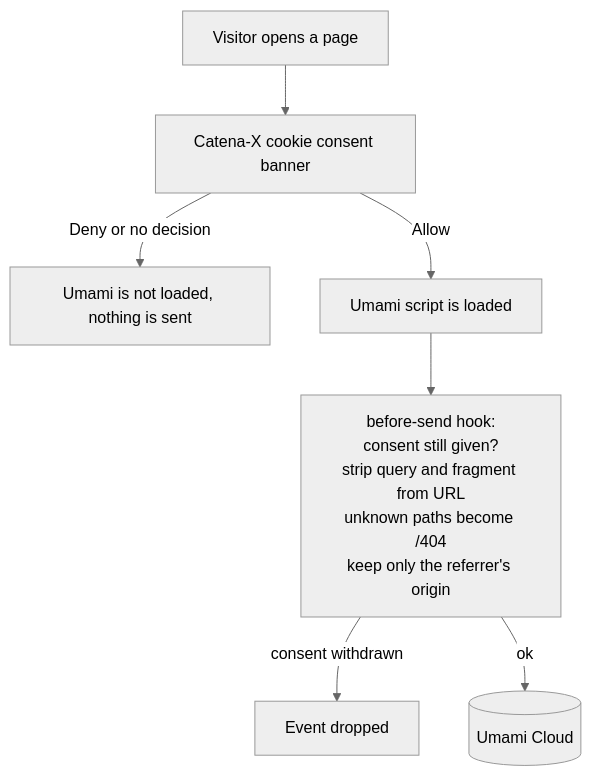
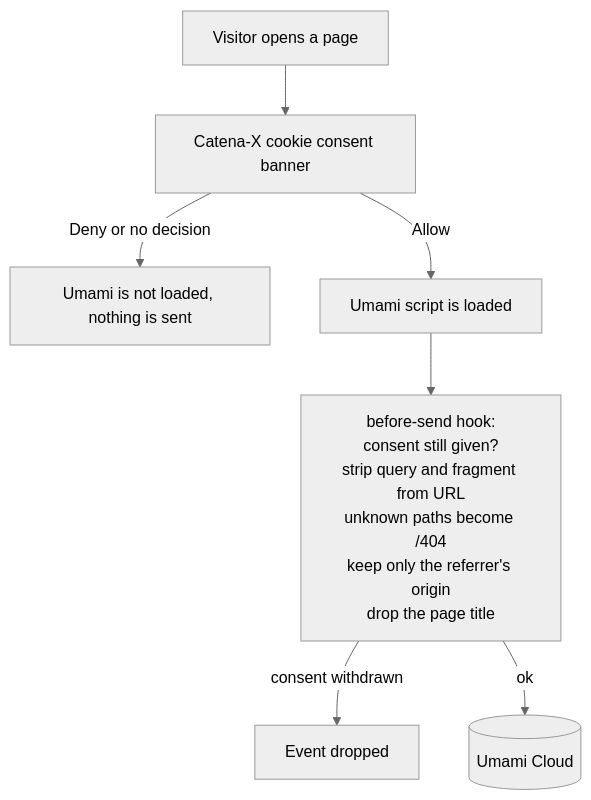
Before and after one commit to catenax-eV/catenax-ev.github.io: the diagram in ANALYTICS.md, drawn with Mermaid (neutral theme). The commit also changed other lines of this file and 1 other file, not shown here.

First line of the commit message:
feat: Drop page titles from analytics and refine search tracking

````diff
--- a/ANALYTICS.md
+++ b/ANALYTICS.md
@@ -33,9 +33,9 @@
 ```mermaid
 flowchart TD
     VISIT["Visitor opens a page"] --> BANNER["Catena-X cookie consent banner"]
     BANNER -- "Deny or no decision" --> NONE["Umami is not loaded, nothing is sent"]
     BANNER -- "Allow" --> LOAD["Umami script is loaded"]
-    LOAD --> HOOK["before-send hook:<br/>consent still given?<br/>strip query and fragment from URL<br/>unknown paths become /404<br/>keep only the referrer's origin"]
+    LOAD --> HOOK["before-send hook:<br/>consent still given?<br/>strip query and fragment from URL<br/>unknown paths become /404<br/>keep only the referrer's origin<br/>drop the page title"]
     HOOK -- "consent withdrawn" --> DROP["Event dropped"]
     HOOK -- "ok" --> UMAMI[("Umami Cloud")]
 ```
````
